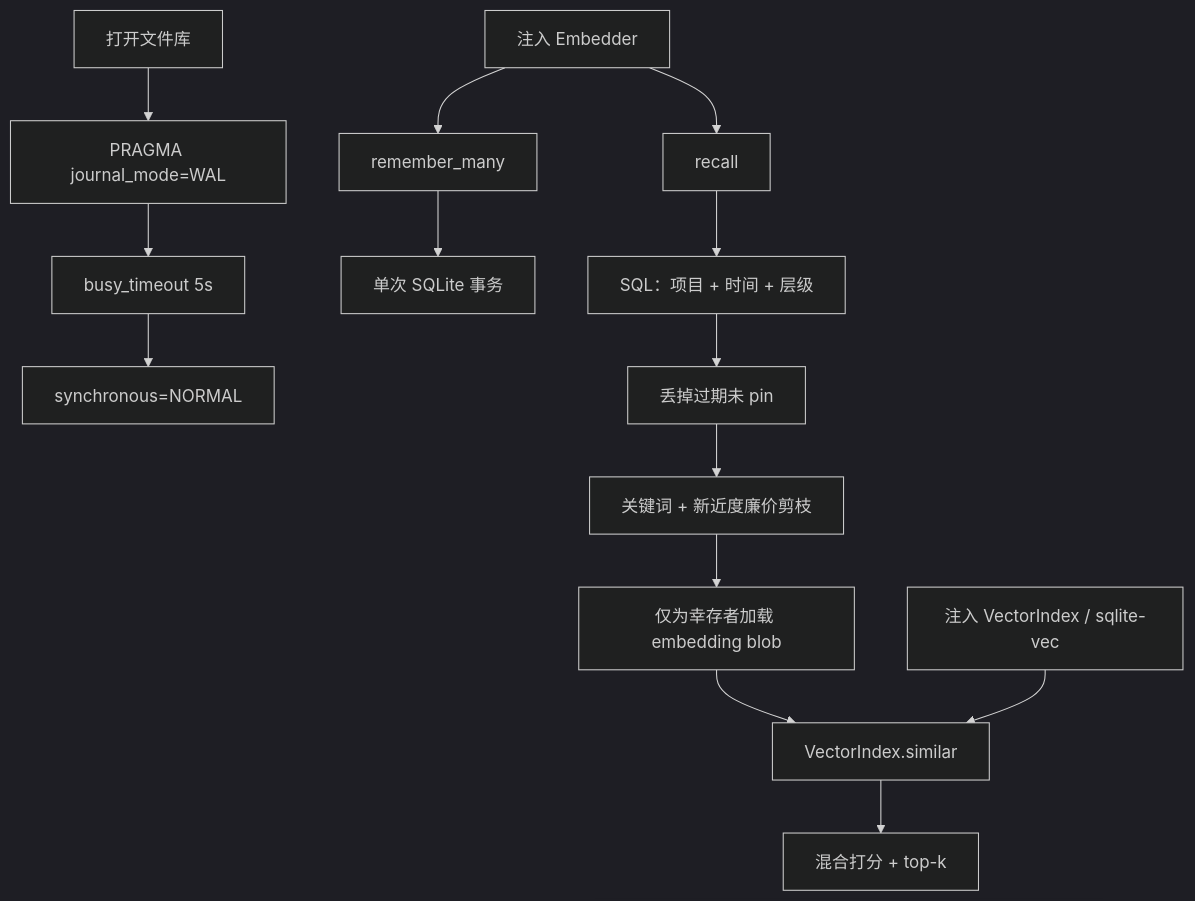
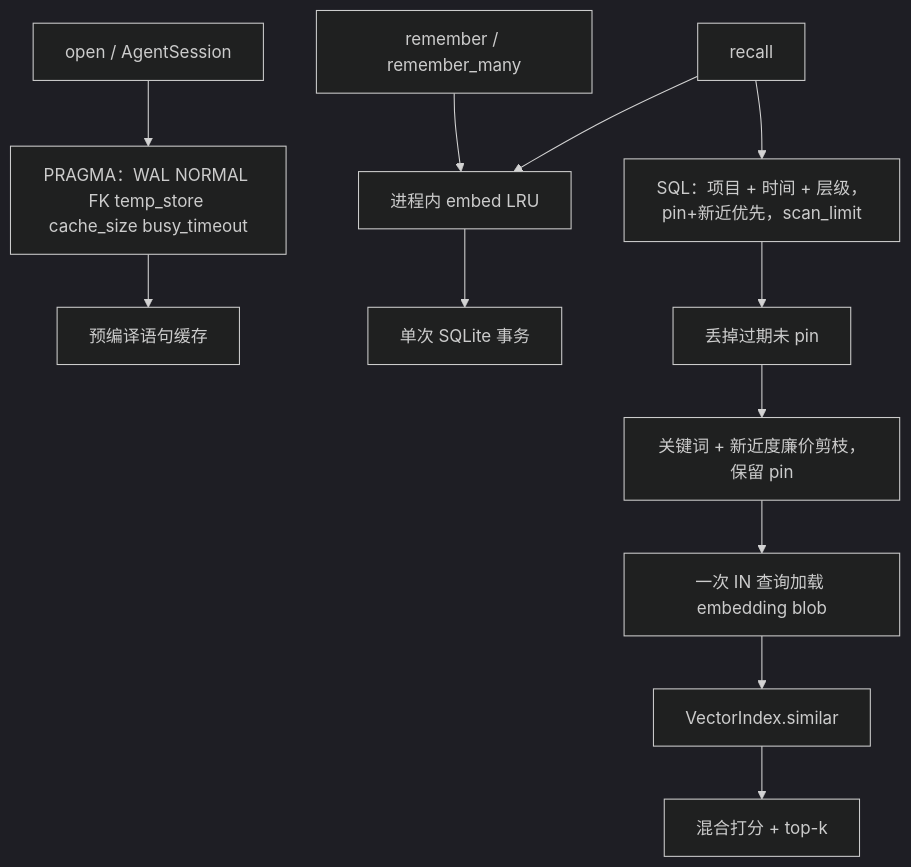
The fourth of 4 diagrams in docs/ARCHITECTURE.zh-CN.md (zzjzzb/ai-memory), drawn with Mermaid (dark theme) before and after one commit. The commit also changed other lines of this file and 13 other files, not shown here.

First line of the commit message:
Transparent performance defaults for open() and AgentSession

````diff
--- a/docs/ARCHITECTURE.zh-CN.md
+++ b/docs/ARCHITECTURE.zh-CN.md
@@ -96,16 +96,14 @@
 ```mermaid
 flowchart TB
-    Open[打开文件库] --> WAL[PRAGMA journal_mode=WAL]
-    WAL --> Busy[busy_timeout 5s]
-    Busy --> Sync[synchronous=NORMAL]
-    Remember[remember_many] --> Tx[单次 SQLite 事务]
-    Recall[recall] --> SQL[SQL：项目 + 时间 + 层级]
+    Open[open / AgentSession] --> P[PRAGMA：WAL NORMAL FK temp_store cache_size busy_timeout]
+    P --> Stmt[预编译语句缓存]
+    Remember[remember / remember_many] --> LRU[进程内 embed LRU]
+    Recall[recall] --> LRU
+    LRU --> Tx[单次 SQLite 事务]
+    Recall --> SQL[SQL：项目 + 时间 + 层级，pin+新近优先，scan_limit]
     SQL --> TTL[丢掉过期未 pin]
-    TTL --> Prune[关键词 + 新近度廉价剪枝]
-    Prune --> Blobs[仅为幸存者加载 embedding blob]
+    TTL --> Prune[关键词 + 新近度廉价剪枝，保留 pin]
+    Prune --> Blobs[一次 IN 查询加载 embedding blob]
     Blobs --> VI[VectorIndex.similar]
     VI --> Rank[混合打分 + top-k]
-    EmbInj[注入 Embedder] --> Remember
-    EmbInj --> Recall
-    VecInj[注入 VectorIndex / sqlite-vec] --> VI
 ```
````
